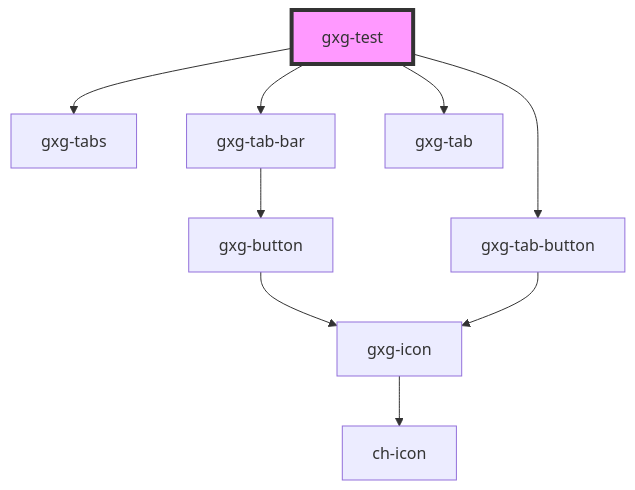
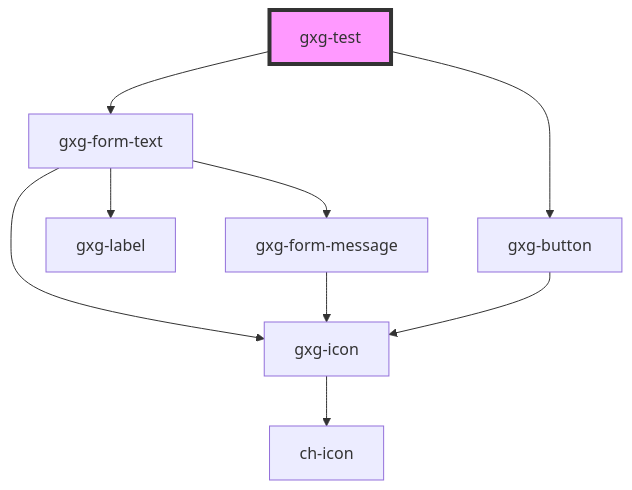
Before and after one commit to genexuslabs/gemini: the diagram in src/components/test/readme.md, drawn with Mermaid. The commit also changed other lines of this file and 24 other files, not shown here.

````diff
--- a/src/components/test/readme.md
+++ b/src/components/test/readme.md
@@ -24,12 +30,12 @@
 ```mermaid
 graph TD;
-  gxg-test --> gxg-tabs
-  gxg-test --> gxg-tab-bar
-  gxg-test --> gxg-tab-button
-  gxg-test --> gxg-tab
-  gxg-tab-bar --> gxg-button
+  gxg-test --> gxg-form-text
+  gxg-test --> gxg-button
+  gxg-form-text --> gxg-icon
+  gxg-form-text --> gxg-label
+  gxg-form-text --> gxg-form-message
+  gxg-icon --> ch-icon
+  gxg-form-message --> gxg-icon
   gxg-button --> gxg-icon
-  gxg-icon --> ch-icon
-  gxg-tab-button --> gxg-icon
   style gxg-test fill:#f9f,stroke:#333,stroke-width:4px
 ```
````
